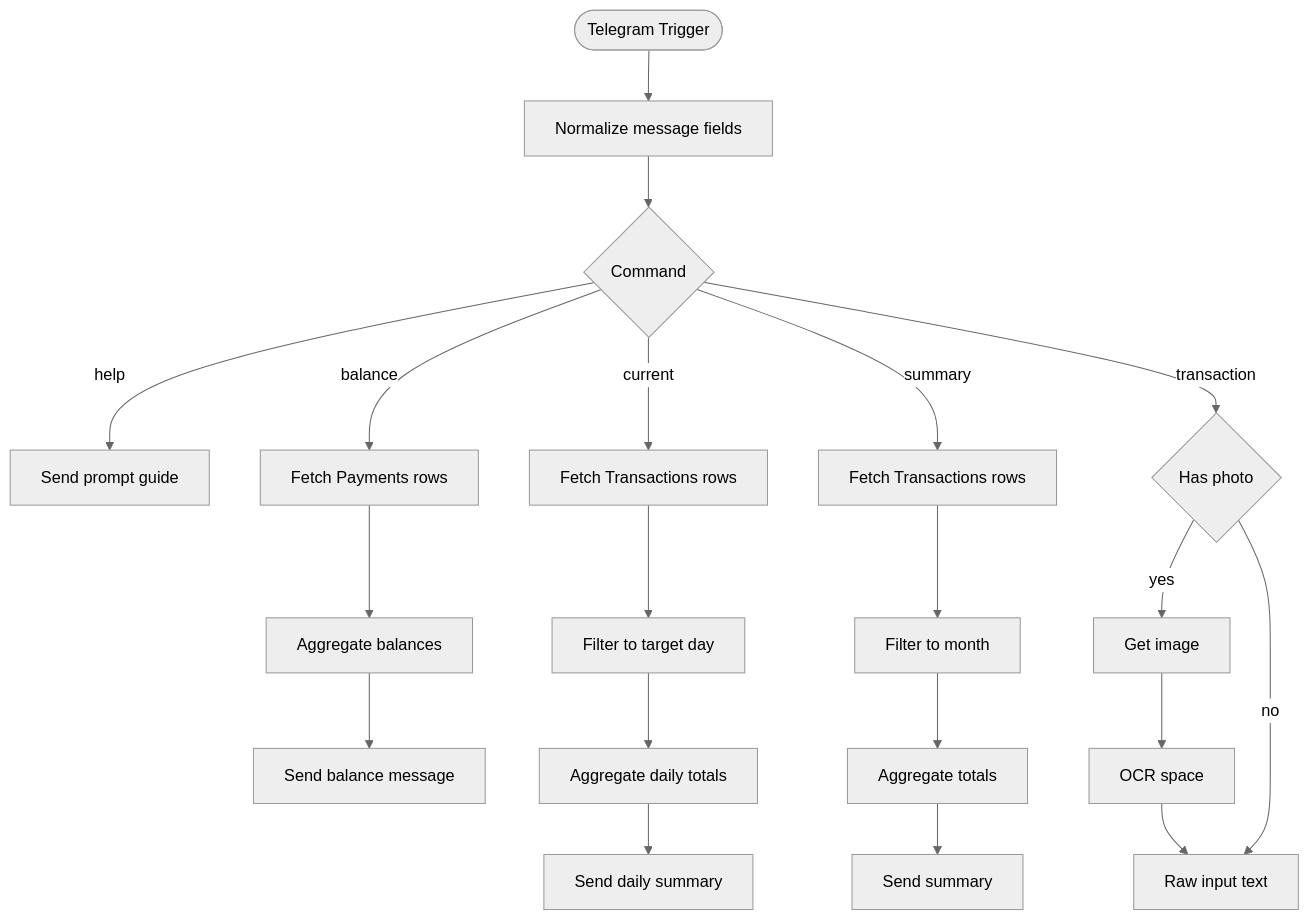
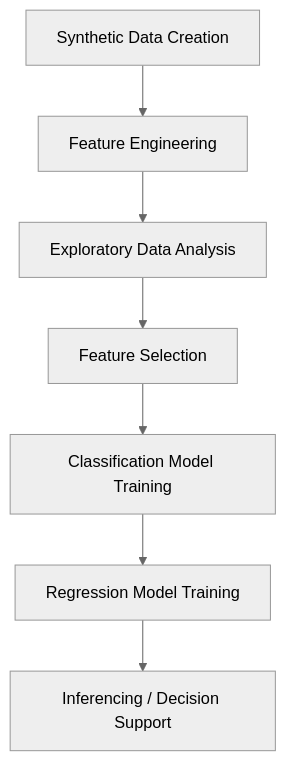
The diagram in README.md (kylavaloria/pharmacy-inventory), drawn with Mermaid (neutral theme) before and after one commit.

````diff
--- a/README.md
+++ b/README.md
@@ -88,27 +88,9 @@
 ```mermaid
 flowchart TD
-    A([Telegram Trigger]) --> B[Normalize message fields]
-    B --> C{Command}
-
-    C -->|help| D[Send prompt guide]
-
-    C -->|balance| E[Fetch Payments rows]
-    E --> F[Aggregate balances]
-    F --> G[Send balance message]
-
-    C -->|current| H[Fetch Transactions rows]
-    H --> I[Filter to target day]
-    I --> J[Aggregate daily totals]
-    J --> K[Send daily summary]
-
-    C -->|summary| L[Fetch Transactions rows]
-    L --> M[Filter to month]
-    M --> N[Aggregate totals]
-    N --> O[Send summary]
-
-    C -->|transaction| P{Has photo}
-    P -->|yes| Q[Get image]
-    Q --> R[OCR space]
-    R --> S[Raw input text]
-    P -->|no| S
+    A[Synthetic Data Creation] --> B[Feature Engineering]
+    B --> C[Exploratory Data Analysis]
+    C --> D[Feature Selection]
+    D --> E[Classification Model Training]
+    E --> F[Regression Model Training]
+    F --> G[Inferencing / Decision Support]
 ```
````
